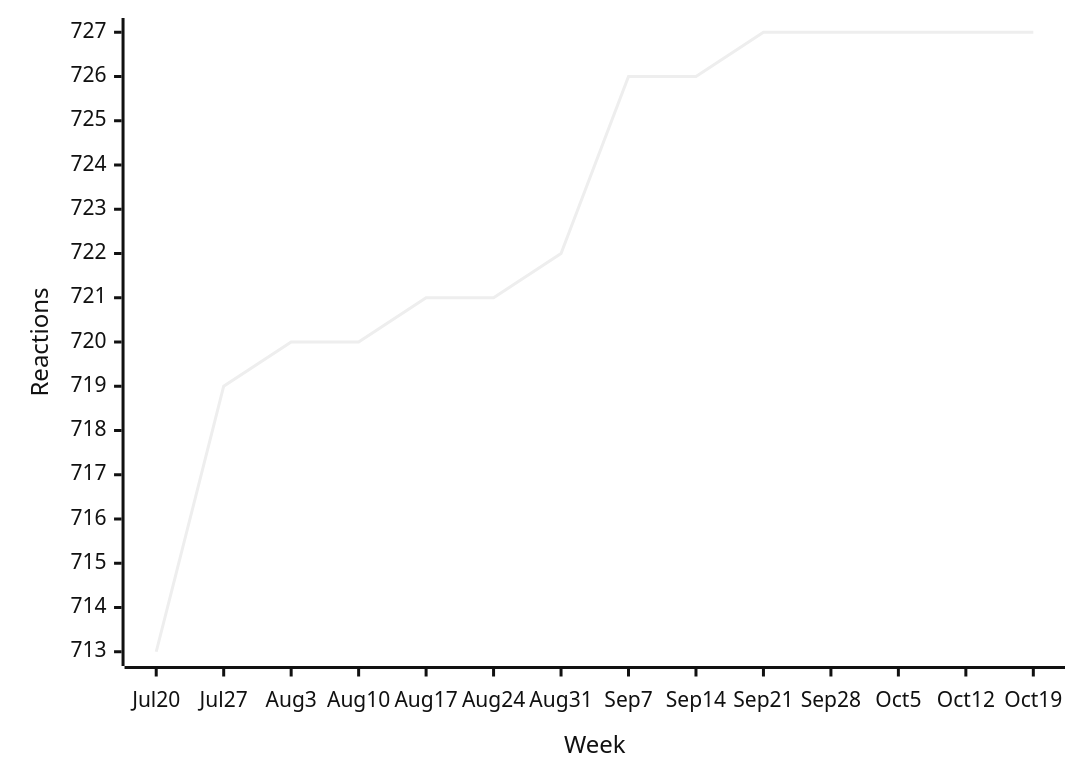
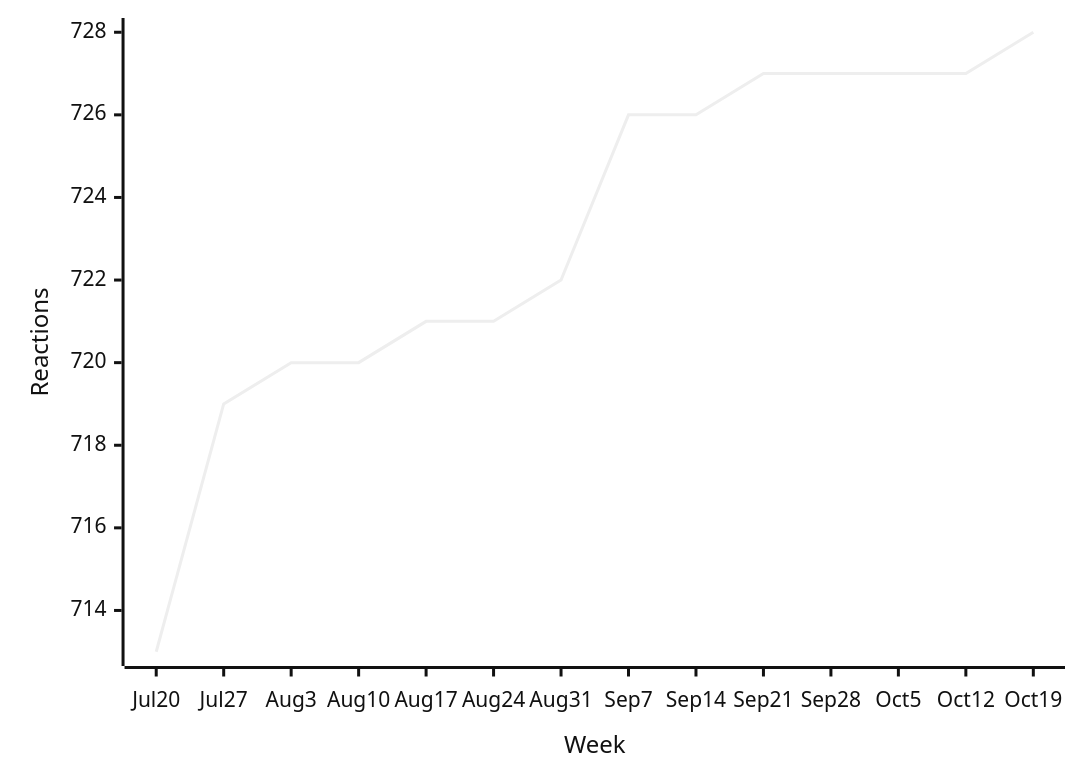
One commit to loic-sharma/github-insights changed the ninth of 39 diagrams in README.md. Above: the diagram before and after it, drawn with Mermaid (neutral theme). The commit also changed other lines of this file and 3 other files, not shown here.

````diff
--- a/README.md
+++ b/README.md
@@ -460,6 +460,6 @@
   ```mermaid
   xychart-beta
     x-axis "Week" [Jul 20, Jul 27, Aug 3, Aug 10, Aug 17, Aug 24, Aug 31, Sep 7, Sep 14, Sep 21, Sep 28, Oct 5, Oct 12, Oct 19]
     y-axis "Reactions"
-    line [713, 719, 720, 720, 721, 721, 722, 726, 726, 727, 727, 727, 727, 727]
+    line [713, 719, 720, 720, 721, 721, 722, 726, 726, 727, 727, 727, 727, 728]
   ```
````
